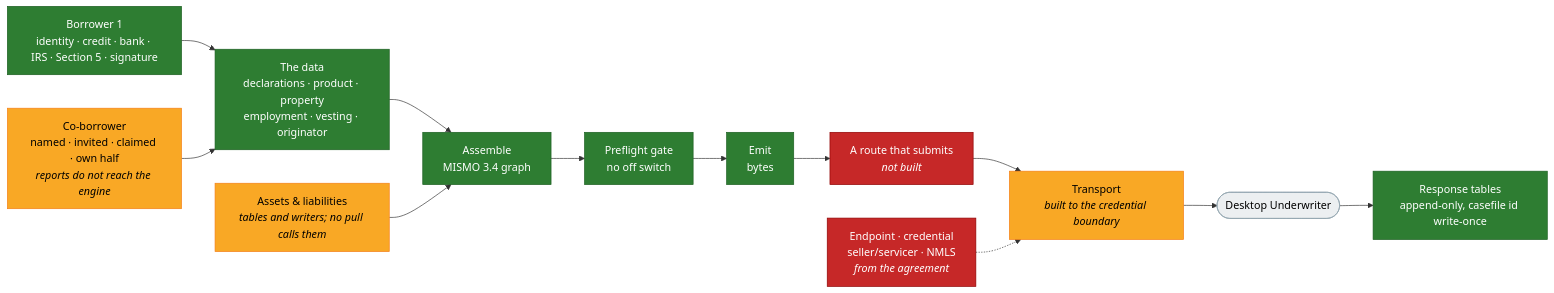
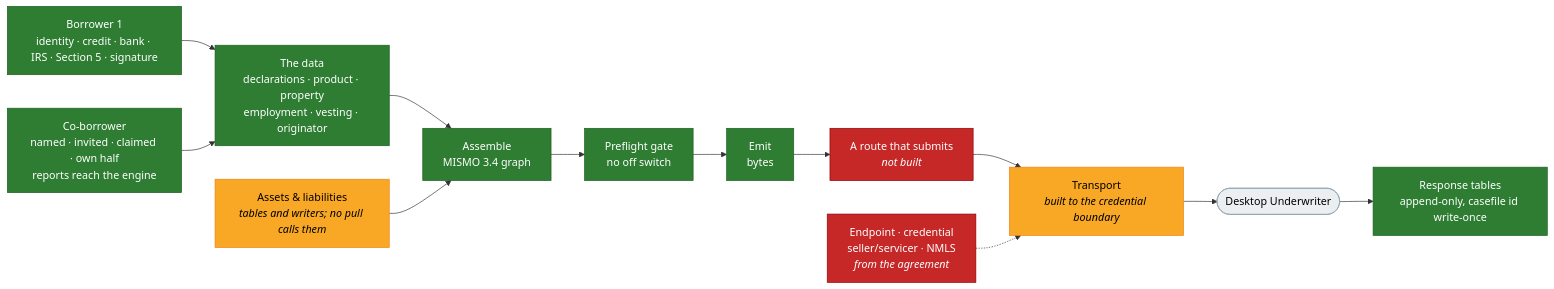
Before and after one commit to Walt-Home/Homestead-Mortgages: the diagram in docs/du-readiness.md, drawn with Mermaid. The commit also changed other lines of this file and 19 other files, not shown here.

````diff
--- a/docs/du-readiness.md
+++ b/docs/du-readiness.md
@@ -25,27 +25,27 @@
 ```mermaid
 flowchart LR
   classDef green fill:#2e7d32,stroke:#1b5e20,color:#fff
   classDef yellow fill:#f9a825,stroke:#f57f17,color:#000
   classDef red fill:#c62828,stroke:#8e0000,color:#fff
   classDef ext fill:#eceff1,stroke:#90a4ae,color:#000
 
   B1["Borrower 1<br/>identity · credit · bank · IRS · Section 5 · signature"]:::green
-  CB["Co-borrower<br/>named · invited · claimed · own half<br/><i>reports do not reach the engine</i>"]:::yellow
+  CB["Co-borrower<br/>named · invited · claimed · own half<br/>reports reach the engine"]:::green
   DATA["The data<br/>declarations · product · property<br/>employment · vesting · originator"]:::green
   AST["Assets & liabilities<br/><i>tables and writers; no pull calls them</i>"]:::yellow
   ASM["Assemble<br/>MISMO 3.4 graph"]:::green
   GATE["Preflight gate<br/>no off switch"]:::green
   EMIT["Emit<br/>bytes"]:::green
   RUN["A route that submits<br/><i>not built</i>"]:::red
   TX["Transport<br/><i>built to the credential boundary</i>"]:::yellow
   KEYS["Endpoint · credential<br/>seller/servicer · NMLS<br/><i>from the agreement</i>"]:::red
   DU(["Desktop Underwriter"]):::ext
   RESP["Response tables<br/>append-only, casefile id write-once"]:::green
 
   B1 --> DATA
   CB --> DATA
   DATA --> ASM
   AST --> ASM
   ASM --> GATE --> EMIT --> RUN --> TX --> DU --> RESP
   KEYS -.-> TX
 ```
````
